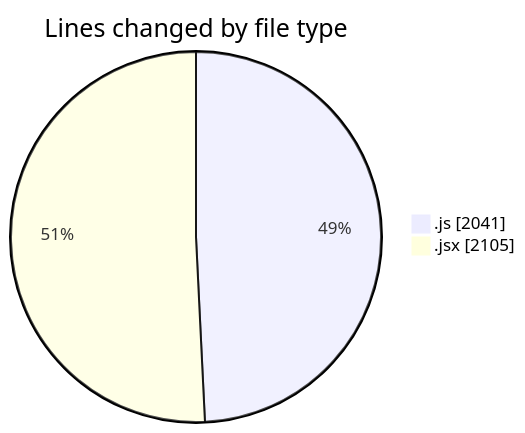
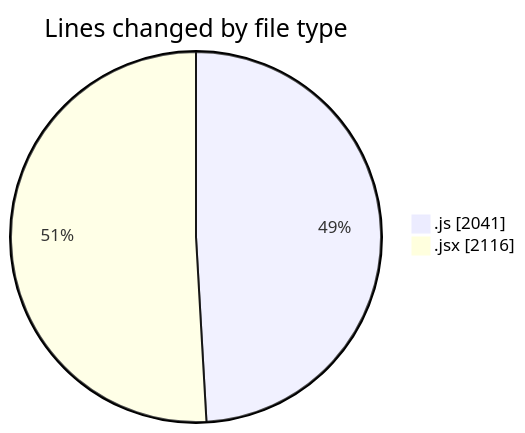
The first of 2 diagrams in 2025-09-01/nxtqube_webapp/README.md (nxtqubesakshisongat/code-tracking), drawn with Mermaid before and after one commit. The commit also changed other lines of this file and 1 other file, not shown here.

````diff
--- a/2025-09-01/nxtqube_webapp/README.md
+++ b/2025-09-01/nxtqube_webapp/README.md
@@ -25,6 +25,6 @@
 ```mermaid
 pie showData
 title Lines changed by file type
 ".js" : 2041
-".jsx" : 2105
+".jsx" : 2116
 ```
````
